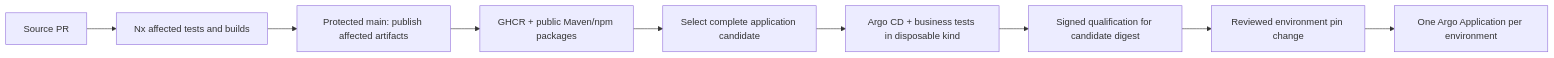
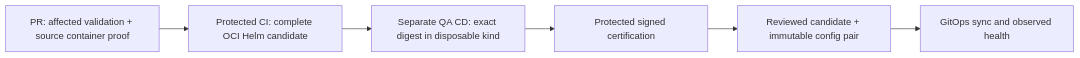
One commit to RPJWeez/delivery-reference-platform changed the diagram in README.md. Above: the diagram before and after it, drawn with Mermaid. The commit also changed other lines of this file and 72 other files, not shown here.

Commit message:
Build private application sources and prepare immutable candidate delivery

````diff
--- a/README.md
+++ b/README.md
@@ -11,11 +19,8 @@
 ```mermaid
 flowchart LR
-  PR[Source PR] --> Nx[Nx affected tests and builds]
-  Nx --> Publish[Protected main: publish affected artifacts]
-  Publish --> Registry[GHCR + public Maven/npm packages]
-  Registry --> Candidate[Select complete application candidate]
-  Candidate --> Qualify[Argo CD + business tests in disposable kind]
-  Qualify --> Evidence[Signed qualification for candidate digest]
-  Evidence --> Promote[Reviewed environment pin change]
-  Promote --> Argo[One Argo Application per environment]
+  PR[PR: affected validation + source container proof] --> CI[Protected CI: complete OCI Helm candidate]
+  CI --> QA[Separate QA CD: exact digest in disposable kind]
+  QA --> Cert[Protected signed certification]
+  Cert --> Promote[Reviewed candidate + immutable config pair]
+  Promote --> Argo[GitOps sync and observed health]
 ```
````
